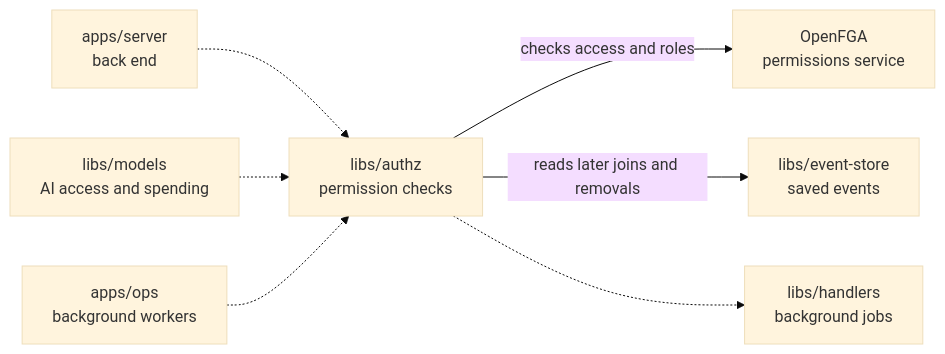
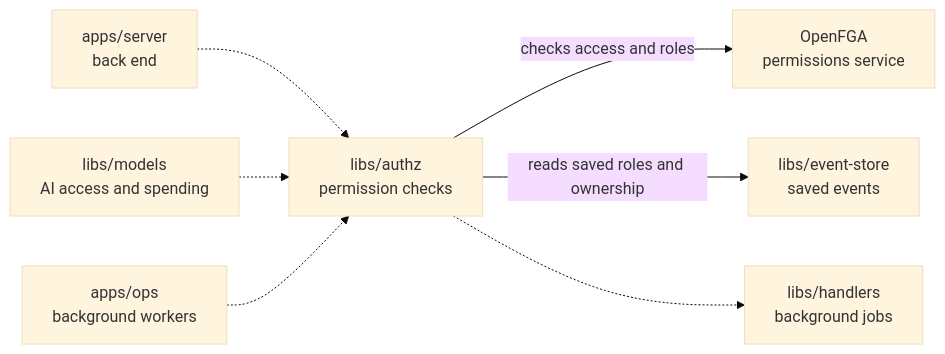
Before and after one commit to elewa-git/opencrane-new: the diagram in libs/authz/README.md, drawn with Mermaid (base theme). The commit also changed other lines of this file and 9 other files, not shown here.

Commit message:
🐛 Apply roles in saved order and wait for appointment receipts

````diff
--- a/libs/authz/README.md
+++ b/libs/authz/README.md
@@ -11,9 +11,9 @@
 ```mermaid
 flowchart LR
   server["apps/server<br/>back end"] -.-> authz["libs/authz<br/>permission checks"]
   models["libs/models<br/>AI access and spending"] -.-> authz
   ops["apps/ops<br/>background workers"] -.-> authz
   authz -->|checks access and roles| fga["OpenFGA<br/>permissions service"]
-  authz -->|reads later joins and removals| store["libs/event-store<br/>saved events"]
+  authz -->|reads saved roles and ownership| store["libs/event-store<br/>saved events"]
   authz -.-> handlers["libs/handlers<br/>background jobs"]
 ```
````
